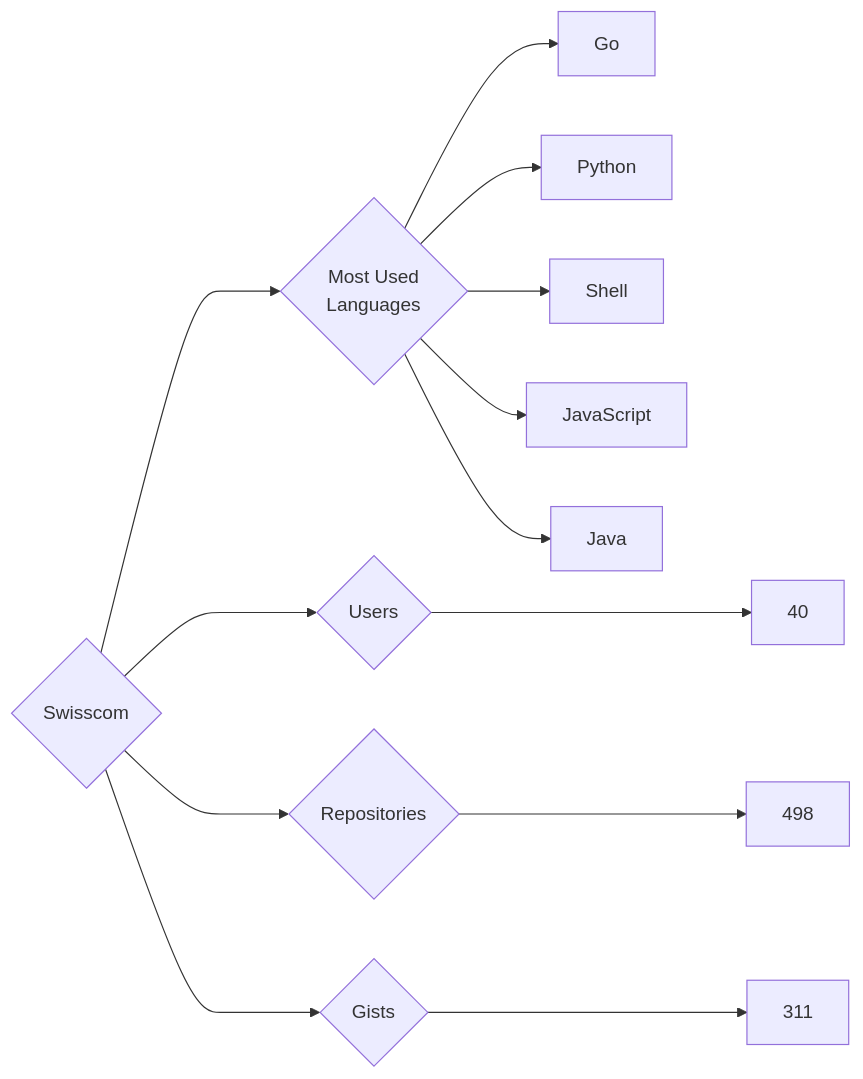
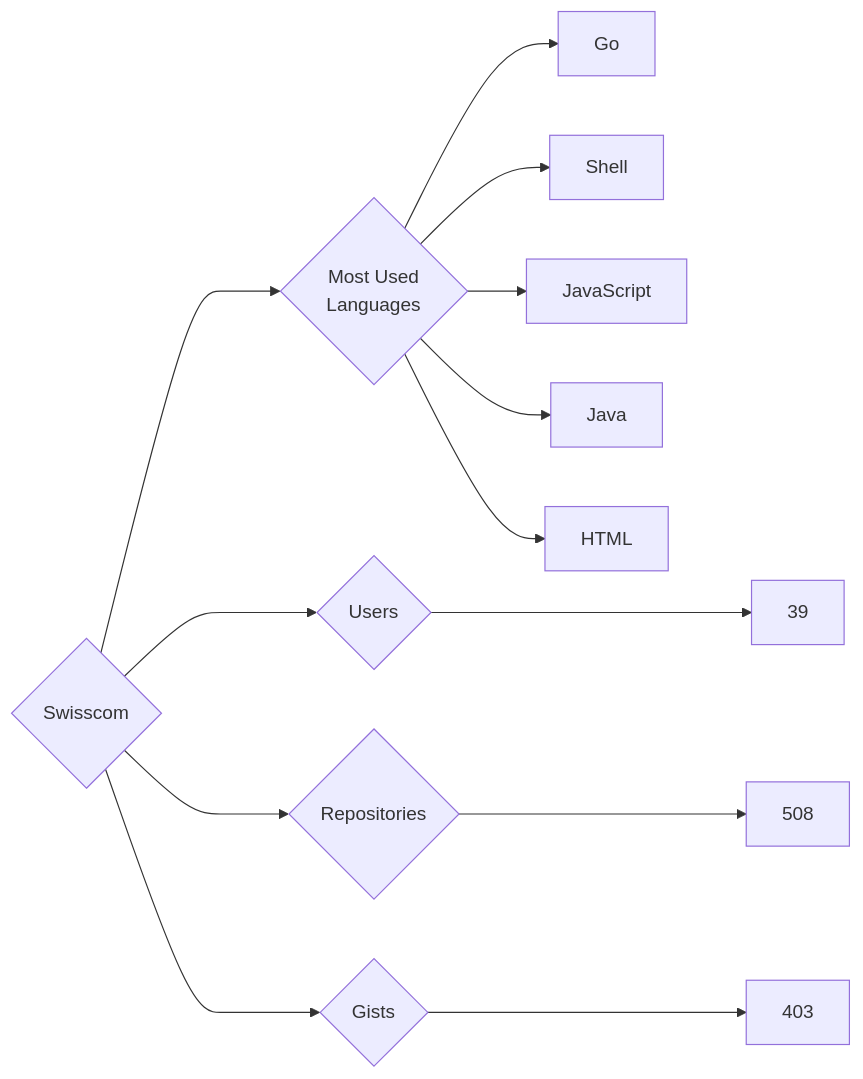
The diagram in targets/Swisscom/README.md (trickest/insiders), drawn with Mermaid before and after one commit. The commit also changed 939 other files, not shown here.

````diff
--- a/targets/Swisscom/README.md
+++ b/targets/Swisscom/README.md
@@ -3,13 +3,13 @@
 ```mermaid
 graph LR
 COMPANY_NAME{Swisscom}
-COMPANY_NAME ---> U{Users} ---> UN[40]
-COMPANY_NAME ---> R{Repositories} ---> RN[498]
-COMPANY_NAME ---> G{Gists} ---> GN[311]
+COMPANY_NAME ---> U{Users} ---> UN[39]
+COMPANY_NAME ---> R{Repositories} ---> RN[508]
+COMPANY_NAME ---> G{Gists} ---> GN[403]
 COMPANY_NAME ---> ML{Most Used<br>Languages}
 ML --> Go[Go]
-ML --> Python[Python]
 ML --> Shell[Shell]
 ML --> JavaScript[JavaScript]
 ML --> Java[Java]
+ML --> HTML[HTML]
 ```
````
